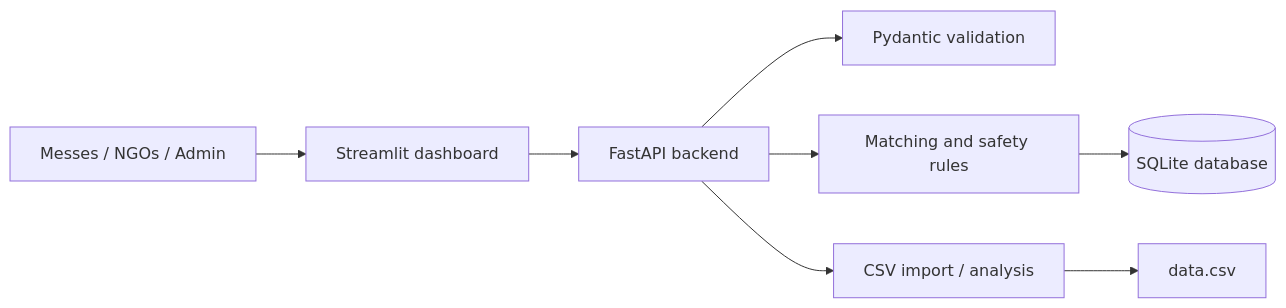
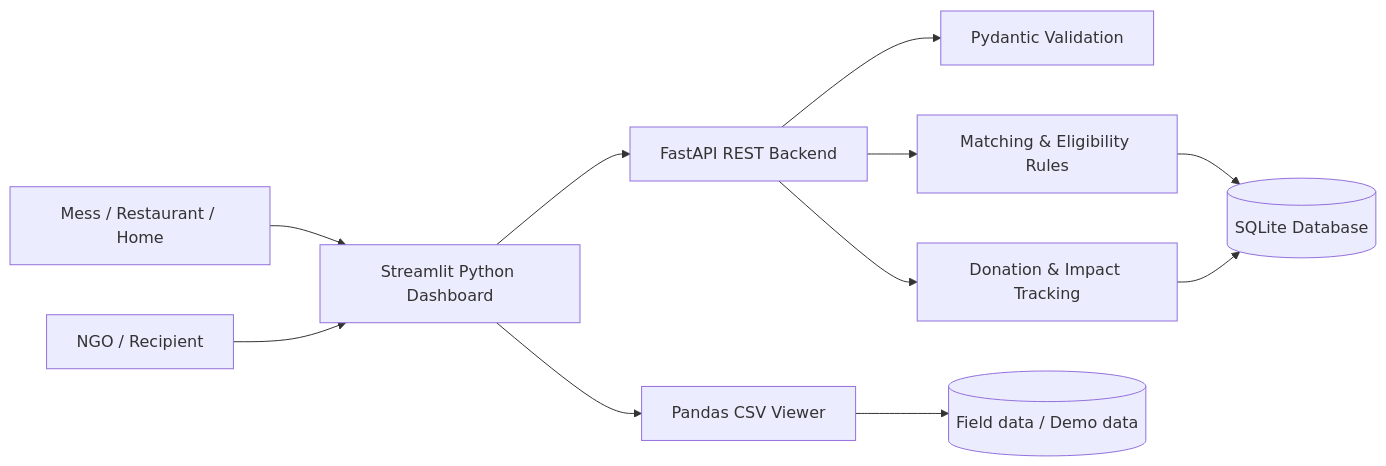
Before and after one commit to saniya-dogra/mess2meal: the second of 2 diagrams in README.md, drawn with Mermaid. The commit also changed other lines of this file, not shown here.

Commit message:
Redesign README with animated banner, badges and detailed diagrams

````diff
--- a/README.md
+++ b/README.md
@@ -57,10 +63,13 @@
 ```mermaid
 flowchart LR
-    U[Messes / NGOs / Admin] --> UI[Streamlit dashboard]
-    UI --> API[FastAPI backend]
-    API --> V[Pydantic validation]
-    API --> M[Matching and safety rules]
-    M --> DB[(SQLite database)]
-    API --> CSV[CSV import / analysis]
-    CSV --> DATA[data.csv]
+    S["Mess / Restaurant / Home"] --> UI["Streamlit Python Dashboard"]
+    N["NGO / Recipient"] --> UI
+    UI --> API["FastAPI REST Backend"]
+    API --> P["Pydantic Validation"]
+    API --> M["Matching & Eligibility Rules"]
+    M --> DB[("SQLite Database")]
+    UI --> CSV["Pandas CSV Viewer"]
+    CSV --> D[("Field data / Demo data")]
+    API --> IMP["Donation & Impact Tracking"]
+    IMP --> DB
 ```
````
